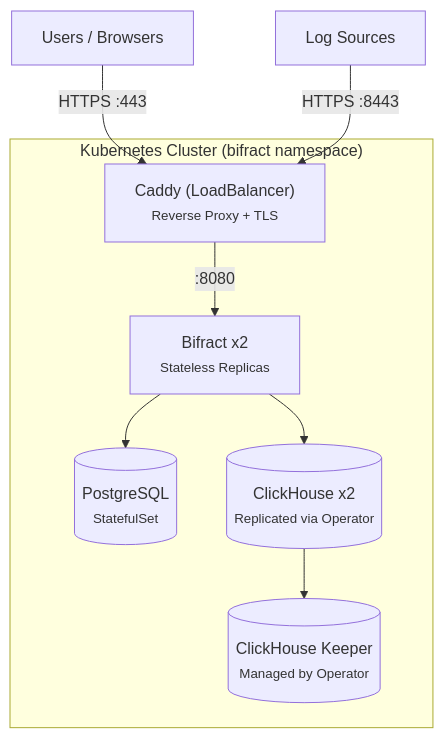
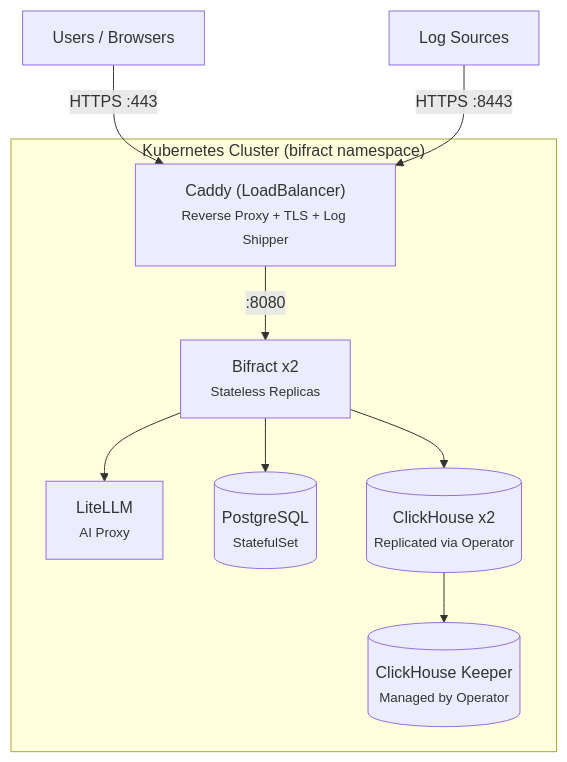
One commit to zaneGittins/bifract changed the diagram in docs/getting-started/kubernetes.md. Above: the diagram before and after it, drawn with Mermaid. The commit also changed other lines of this file and 26 other files, not shown here.

````diff
--- a/docs/getting-started/kubernetes.md
+++ b/docs/getting-started/kubernetes.md
@@ -16,20 +16,22 @@
 ```mermaid
 graph TB
     users["Users / Browsers"]
     sources["Log Sources"]
 
     subgraph k8s ["Kubernetes Cluster (bifract namespace)"]
-        caddy["Caddy (LoadBalancer)<br/><small>Reverse Proxy + TLS</small>"]
+        caddy["Caddy (LoadBalancer)<br/><small>Reverse Proxy + TLS + Log Shipper</small>"]
         bifract["Bifract x2<br/><small>Stateless Replicas</small>"]
+        litellm["LiteLLM<br/><small>AI Proxy</small>"]
         pg[("PostgreSQL<br/><small>StatefulSet</small>")]
         ch[("ClickHouse x2<br/><small>Replicated via Operator</small>")]
         keeper[("ClickHouse Keeper<br/><small>Managed by Operator</small>")]
     end
 
     users -->|"HTTPS :443"| caddy
     sources -->|"HTTPS :8443"| caddy
     caddy -->|":8080"| bifract
     bifract --> pg
     bifract --> ch
+    bifract --> litellm
     ch --> keeper
 ```
````
